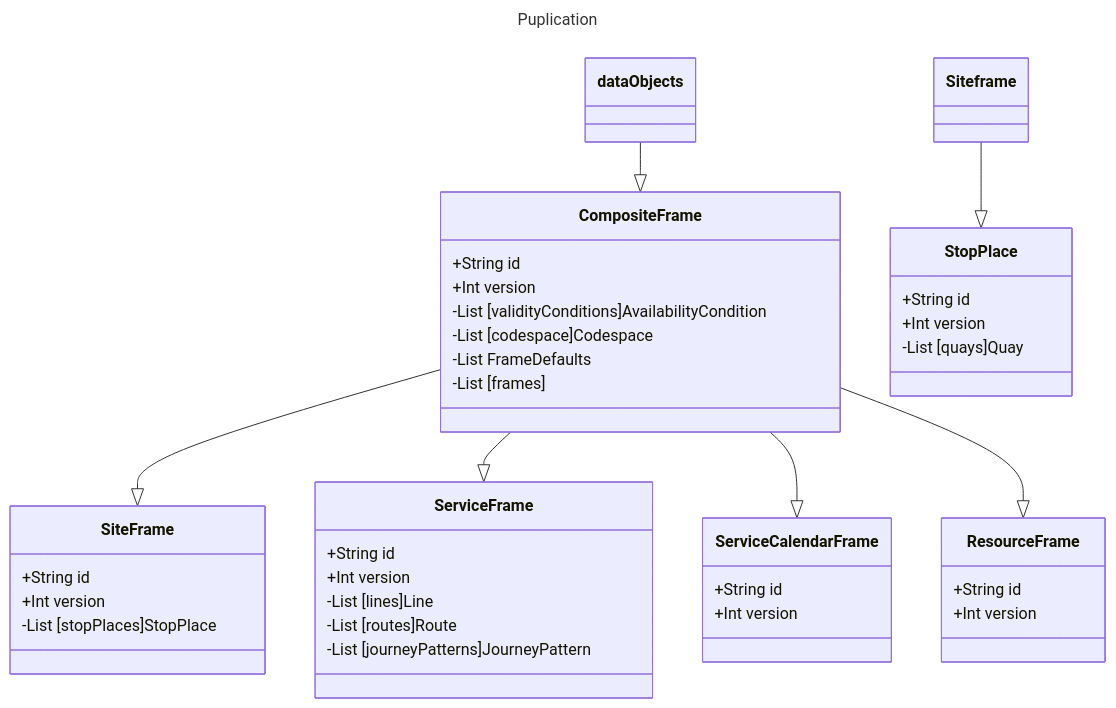
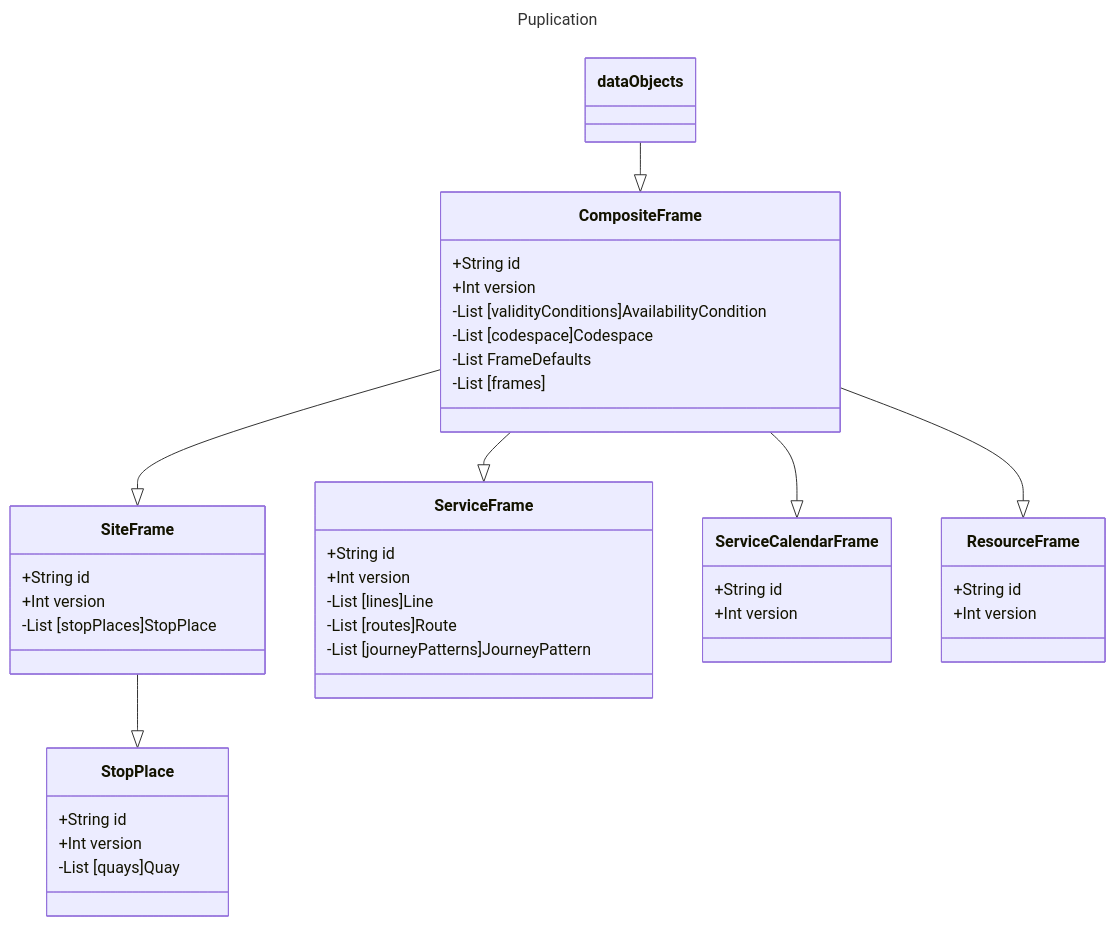
Before and after one commit to hfjelstad/Profile-Documentation: the diagram in 04-Guides/Timetable_DatedServiceJourney_V2.md, drawn with Mermaid.

````diff
--- a/04-Guides/Timetable_DatedServiceJourney_V2.md
+++ b/04-Guides/Timetable_DatedServiceJourney_V2.md
@@ -82,47 +82,47 @@
 ```mermaid
 ---
 title: Puplication 
 ---
 
 classDiagram
     dataObjects --|> CompositeFrame 
     class CompositeFrame{
         +String id
         +Int version
         -List [validityConditions]AvailabilityCondition
         -List [codespace]Codespace
         -List FrameDefaults
         -List [frames]
     }
     CompositeFrame --|> SiteFrame
     class SiteFrame{
         +String id
         +Int version
         -List [stopPlaces]StopPlace
     }
-    Siteframe --|> StopPlace
+    SiteFrame --|> StopPlace
     class StopPlace{
         +String id
         +Int version
         -List [quays]Quay
     }
     CompositeFrame --|> ServiceFrame
     class ServiceFrame{
         +String id
         +Int version
         -List [lines]Line
         -List [routes]Route
         -List [journeyPatterns]JourneyPattern
     }
     CompositeFrame --|> ServiceCalendarFrame
     class  ServiceCalendarFrame{
         +String id
         +Int version
     }
     CompositeFrame --|> ResourceFrame
     class  ResourceFrame{
         +String id
         +Int version
     }
 
 ```
````
